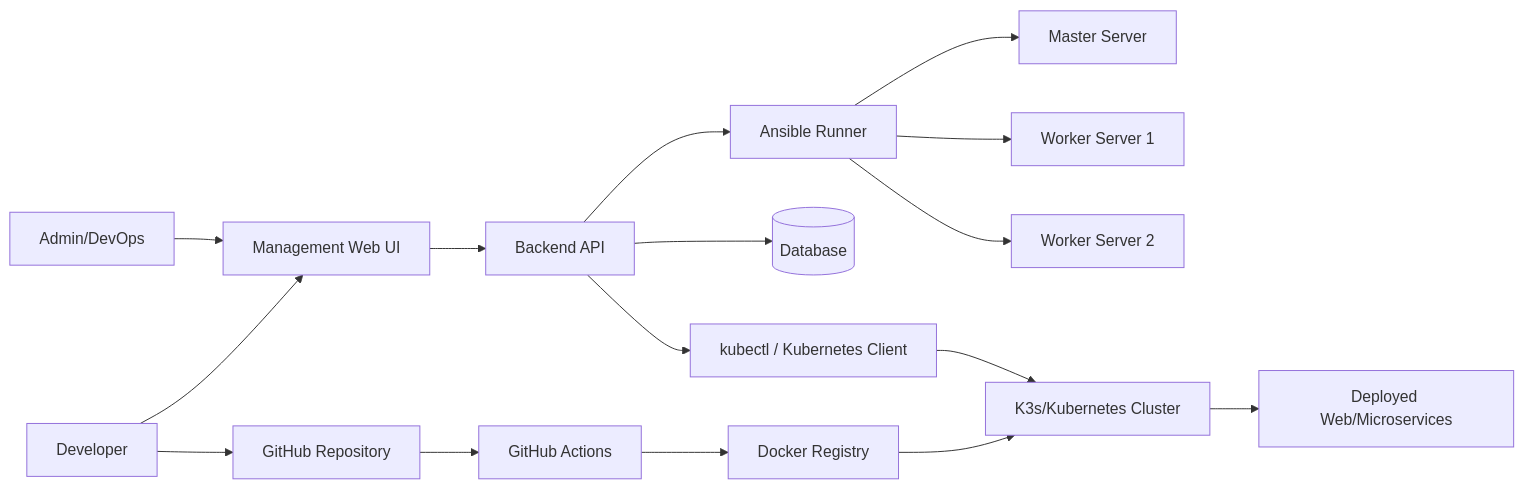
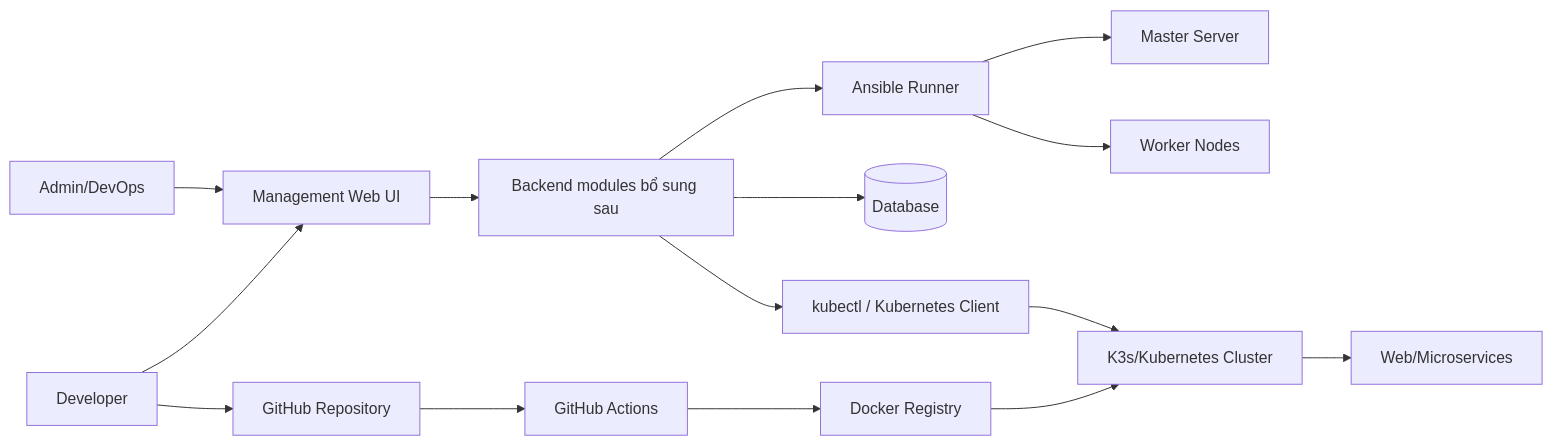
Before and after one commit to Khang0406/LuanVan: the diagram in Platform/docs/architecture.md, drawn with Mermaid. The commit also changed other lines of this file and 60 other files, not shown here.

````diff
--- a/Platform/docs/architecture.md
+++ b/Platform/docs/architecture.md
@@ -3,22 +3,20 @@
 ```mermaid
 flowchart LR
     Dev[Developer] --> GitHub[GitHub Repository]
     GitHub --> Actions[GitHub Actions]
     Actions --> Registry[Docker Registry]
 
     Admin[Admin/DevOps] --> Web[Management Web UI]
     Dev --> Web
 
-    Web --> API[Backend API]
-    API --> DB[(Database)]
-    API --> Ansible[Ansible Runner]
-    API --> Kubectl[kubectl / Kubernetes Client]
+    Web --> Backend[Backend modules bổ sung sau]
+    Backend --> DB[(Database)]
+    Backend --> Ansible[Ansible Runner]
+    Backend --> Kubectl[kubectl / Kubernetes Client]
 
-    Ansible --> M1[Master Server]
-    Ansible --> W1[Worker Server 1]
-    Ansible --> W2[Worker Server 2]
-
-    Kubectl --> K8S[K3s/Kubernetes Cluster]
-    Registry --> K8S
-    K8S --> App[Deployed Web/Microservices]
+    Ansible --> Master[Master Server]
+    Ansible --> Worker[Worker Nodes]
+    Kubectl --> Cluster[K3s/Kubernetes Cluster]
+    Registry --> Cluster
+    Cluster --> Apps[Web/Microservices]
 ```
````
